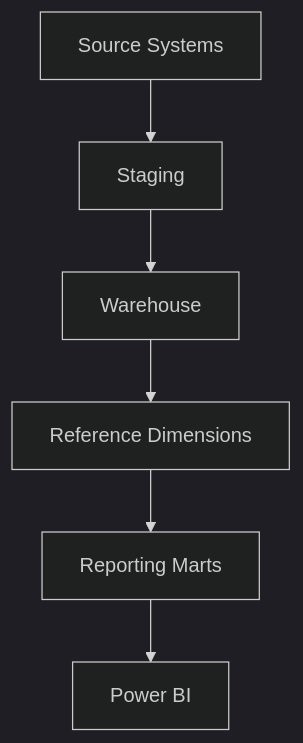
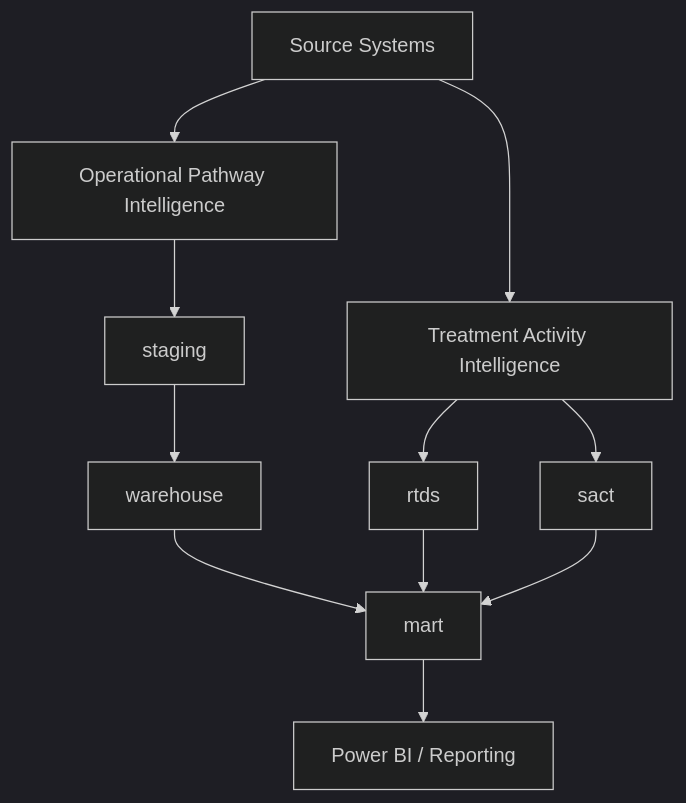
Before and after one commit to MCollins87/PHU-oncology-idr: the diagram in Documentation/Architecture/IDR_Arcitecture.md, drawn with Mermaid (dark theme). The commit also changed other lines of this file and 8 other files, not shown here.

````diff
--- a/Documentation/Architecture/IDR_Arcitecture.md
+++ b/Documentation/Architecture/IDR_Arcitecture.md
@@ -19,8 +90,20 @@
-``` mermaid
+```mermaid
 flowchart TD
-A[Source Systems] --> B[Staging]
-B --> C[Warehouse]
-C --> D[Reference Dimensions]
-D --> E[Reporting Marts]
-E --> F[Power BI]
+
+A[Source Systems]
+
+A --> OPS[Operational Pathway Intelligence]
+A --> ACT[Treatment Activity Intelligence]
+
+OPS --> STG[staging]
+STG --> WH[warehouse]
+
+ACT --> RTDS[rtds]
+ACT --> SACT[sact]
+
+WH --> MART[mart]
+RTDS --> MART
+SACT --> MART
+
+MART --> PBI[Power BI / Reporting]
 ```
````
